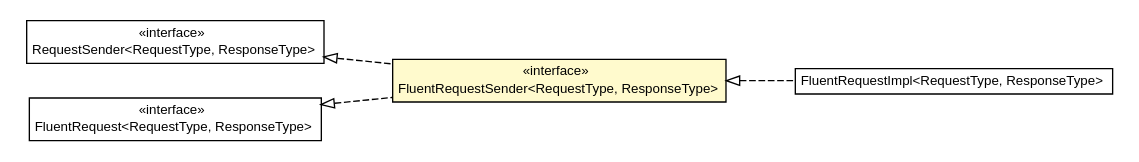
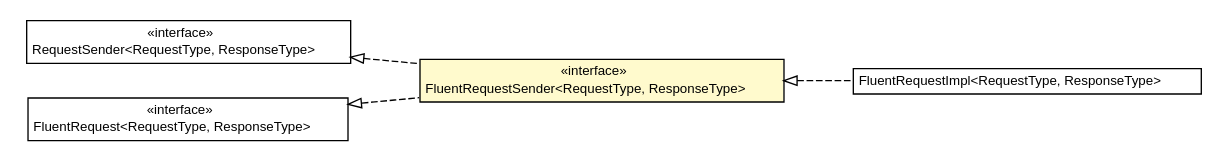
Before and after one commit to growbit/turbogwt-core: the diagram in javadoc/apidocs/org/turbogwt/core/http/client/FluentRequestSender.dot, drawn with Graphviz. The commit also changed 275 other files, not shown here.

```diff
--- a/javadoc/apidocs/org/turbogwt/core/http/client/FluentRequestSender.dot
+++ b/javadoc/apidocs/org/turbogwt/core/http/client/FluentRequestSender.dot
@@ -1,46 +1,46 @@
 #!/usr/local/bin/dot
 #
 # Class diagram 
 # Generated by UMLGraph version R5_6-24-gf6e263 (http://www.umlgraph.org/)
 #
 
 digraph G {
-	edge [fontname="arial",fontsize=10,labelfontname="arial",labelfontsize=10];
-	node [fontname="arial",fontsize=10,shape=plaintext];
+	edge [fontname="Helvetica",fontsize=10,labelfontname="Helvetica",labelfontsize=10];
+	node [fontname="Helvetica",fontsize=10,shape=plaintext];
 	nodesep=0.25;
 	ranksep=0.5;
 	rankdir=LR;
 	// org.turbogwt.core.http.client.RequestSender<RequestType, ResponseType>
-	c886 [label=<<table title="org.turbogwt.core.http.client.RequestSender" border="0" cellborder="1" cellspacing="0" cellpadding="2" port="p" href="./RequestSender.html">
+	c1212 [label=<<table title="org.turbogwt.core.http.client.RequestSender" border="0" cellborder="1" cellspacing="0" cellpadding="2" port="p" href="./RequestSender.html">
 		<tr><td><table border="0" cellspacing="0" cellpadding="1">
 <tr><td align="center" balign="center"> &#171;interface&#187; </td></tr>
 <tr><td align="center" balign="center"> RequestSender&lt;RequestType, ResponseType&gt; </td></tr>
 		</table></td></tr>
-		</table>>, URL="./RequestSender.html", fontname="arial", fontcolor="black", fontsize=10.0];
+		</table>>, URL="./RequestSender.html", fontname="Helvetica", fontcolor="black", fontsize=10.0];
+	// org.turbogwt.core.http.client.FluentRequest<RequestType, ResponseType>
+	c1214 [label=<<table title="org.turbogwt.core.http.client.FluentRequest" border="0" cellborder="1" cellspacing="0" cellpadding="2" port="p" href="./FluentRequest.html">
+		<tr><td><table border="0" cellspacing="0" cellpadding="1">
+<tr><td align="center" balign="center"> &#171;interface&#187; </td></tr>
+<tr><td align="center" balign="center"> FluentRequest&lt;RequestType, ResponseType&gt; </td></tr>
+		</table></td></tr>
+		</table>>, URL="./FluentRequest.html", fontname="Helvetica", fontcolor="black", fontsize=10.0];
 	// org.turbogwt.core.http.client.FluentRequestSender<RequestType, ResponseType>
-	c896 [label=<<table title="org.turbogwt.core.http.client.FluentRequestSender" border="0" cellborder="1" cellspacing="0" cellpadding="2" port="p" bgcolor="lemonChiffon" href="./FluentRequestSender.html">
+	c1215 [label=<<table title="org.turbogwt.core.http.client.FluentRequestSender" border="0" cellborder="1" cellspacing="0" cellpadding="2" port="p" bgcolor="lemonChiffon" href="./FluentRequestSender.html">
 		<tr><td><table border="0" cellspacing="0" cellpadding="1">
 <tr><td align="center" balign="center"> &#171;interface&#187; </td></tr>
 <tr><td align="center" balign="center"> FluentRequestSender&lt;RequestType, ResponseType&gt; </td></tr>
 		</table></td></tr>
-		</table>>, URL="./FluentRequestSender.html", fontname="arial", fontcolor="black", fontsize=10.0];
+		</table>>, URL="./FluentRequestSender.html", fontname="Helvetica", fontcolor="black", fontsize=10.0];
 	// org.turbogwt.core.http.client.FluentRequestImpl<RequestType, ResponseType>
-	c897 [label=<<table title="org.turbogwt.core.http.client.FluentRequestImpl" border="0" cellborder="1" cellspacing="0" cellpadding="2" port="p" href="./FluentRequestImpl.html">
+	c1216 [label=<<table title="org.turbogwt.core.http.client.FluentRequestImpl" border="0" cellborder="1" cellspacing="0" cellpadding="2" port="p" href="./FluentRequestImpl.html">
 		<tr><td><table border="0" cellspacing="0" cellpadding="1">
 <tr><td align="center" balign="center"> FluentRequestImpl&lt;RequestType, ResponseType&gt; </td></tr>
 		</table></td></tr>
-		</table>>, URL="./FluentRequestImpl.html", fontname="arial", fontcolor="black", fontsize=10.0];
-	// org.turbogwt.core.http.client.FluentRequest<RequestType, ResponseType>
-	c898 [label=<<table title="org.turbogwt.core.http.client.FluentRequest" border="0" cellborder="1" cellspacing="0" cellpadding="2" port="p" href="./FluentRequest.html">
-		<tr><td><table border="0" cellspacing="0" cellpadding="1">
-<tr><td align="center" balign="center"> &#171;interface&#187; </td></tr>
-<tr><td align="center" balign="center"> FluentRequest&lt;RequestType, ResponseType&gt; </td></tr>
-		</table></td></tr>
-		</table>>, URL="./FluentRequest.html", fontname="arial", fontcolor="black", fontsize=10.0];
+		</table>>, URL="./FluentRequestImpl.html", fontname="Helvetica", fontcolor="black", fontsize=10.0];
 	//org.turbogwt.core.http.client.FluentRequestSender<RequestType, ResponseType> implements org.turbogwt.core.http.client.FluentRequest<RequestType, ResponseType>
-	c898:p -> c896:p [dir=back,arrowtail=empty,style=dashed];
+	c1214:p -> c1215:p [dir=back,arrowtail=empty,style=dashed];
 	//org.turbogwt.core.http.client.FluentRequestSender<RequestType, ResponseType> implements org.turbogwt.core.http.client.RequestSender<RequestType, ResponseType>
-	c886:p -> c896:p [dir=back,arrowtail=empty,style=dashed];
+	c1212:p -> c1215:p [dir=back,arrowtail=empty,style=dashed];
 	//org.turbogwt.core.http.client.FluentRequestImpl<RequestType, ResponseType> implements org.turbogwt.core.http.client.FluentRequestSender<RequestType, ResponseType>
-	c896:p -> c897:p [dir=back,arrowtail=empty,style=dashed];
+	c1215:p -> c1216:p [dir=back,arrowtail=empty,style=dashed];
 }
```
